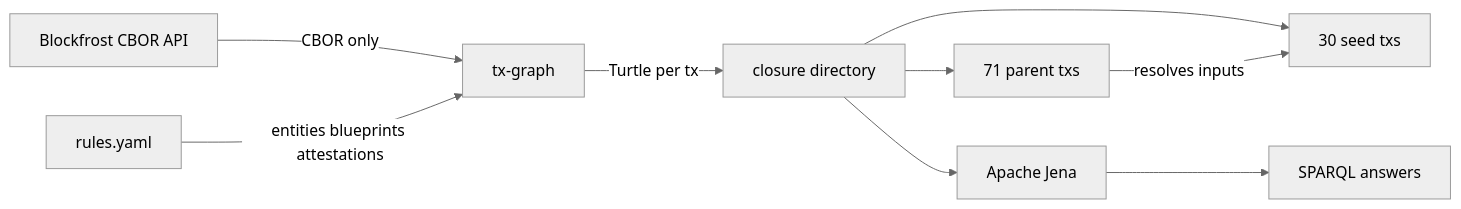
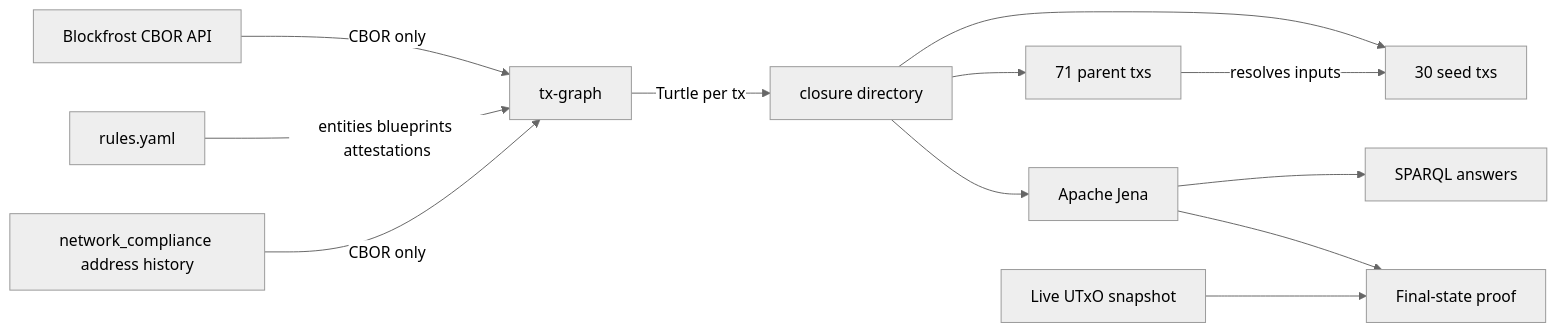
The diagram in docs/may-2026-amaru-lattice.md (lambdasistemi/cardano-tx-tools), drawn with Mermaid (neutral theme) before and after one commit. The commit also changed other lines of this file and 30 other files, not shown here.

Commit message:
docs: prove network compliance terminal state

````diff
--- a/docs/may-2026-amaru-lattice.md
+++ b/docs/may-2026-amaru-lattice.md
@@ -18,20 +28,26 @@
 ```mermaid
 flowchart LR
   blockfrost[Blockfrost CBOR API]
   txgraph[tx-graph]
   rules[rules.yaml]
   closure[closure directory]
   seeds[30 seed txs]
   parents[71 parent txs]
+  history[network_compliance address history]
+  live[Live UTxO snapshot]
   jena[Apache Jena]
   answers[SPARQL answers]
+  final[Final-state proof]
 
   blockfrost -->|CBOR only| txgraph
   rules -->|entities blueprints attestations| txgraph
   txgraph -->|Turtle per tx| closure
   closure --> seeds
   closure --> parents
   parents -->|resolves inputs| seeds
+  history -->|CBOR only| txgraph
   closure --> jena
   jena --> answers
+  jena --> final
+  live --> final
 ```
````
